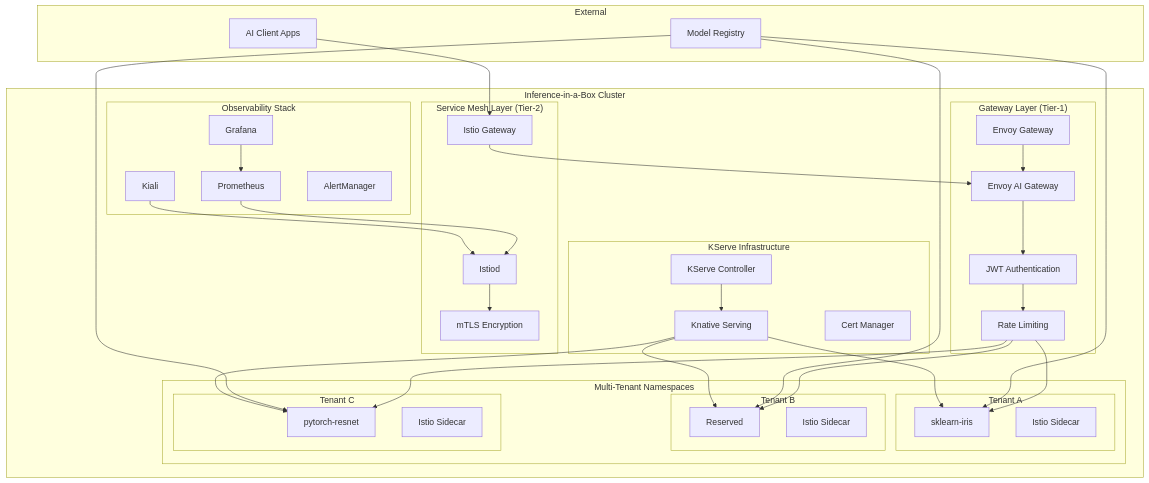
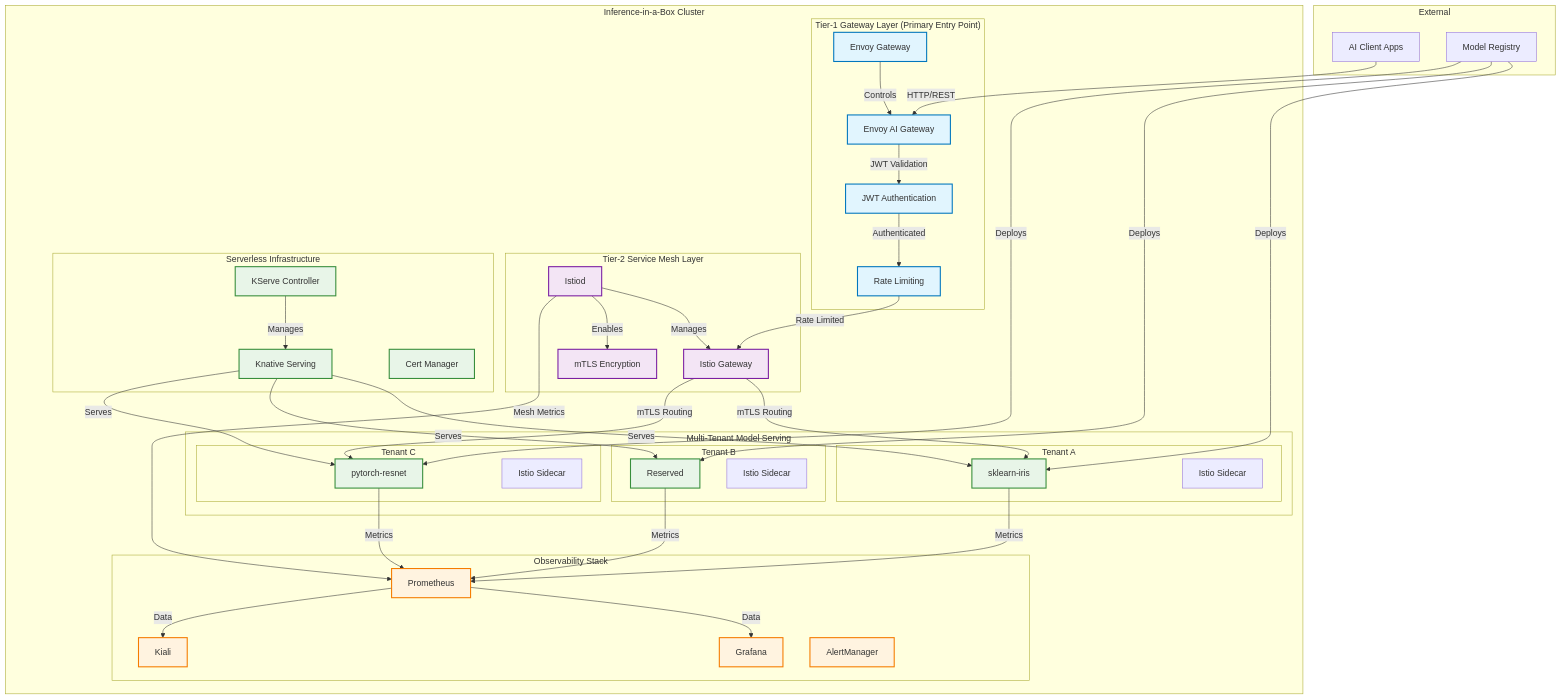
Before and after one commit to smarunich/inference-in-a-box: the first of 6 diagrams in README.md, drawn with Mermaid.

````diff
--- a/README.md
+++ b/README.md
@@ -18,27 +18,20 @@
 ```mermaid
 graph TB
     subgraph "Inference-in-a-Box Cluster"
-        subgraph "Observability Stack"
-            P[Prometheus]
-            G[Grafana]
-            K[Kiali]
-            AM[AlertManager]
-        end
-        
-        subgraph "Gateway Layer (Tier-1)"
+        subgraph "Tier-1 Gateway Layer (Primary Entry Point)"
             EG[Envoy Gateway]
             EAG[Envoy AI Gateway]
             AUTH[JWT Authentication]
             RL[Rate Limiting]
         end
         
-        subgraph "Service Mesh Layer (Tier-2)"
+        subgraph "Tier-2 Service Mesh Layer"
             IC[Istiod]
             IG[Istio Gateway]
             MTLS[mTLS Encryption]
         end
         
-        subgraph "Multi-Tenant Namespaces"
+        subgraph "Multi-Tenant Model Serving"
             subgraph "Tenant A"
                 KS1[sklearn-iris]
                 IS1[Istio Sidecar]
@@ -53,10 +46,17 @@
             end
         end
         
-        subgraph "KServe Infrastructure"
+        subgraph "Serverless Infrastructure"
             KC[KServe Controller]
             KN[Knative Serving]
             CM[Cert Manager]
+        end
+        
+        subgraph "Observability Stack"
+            P[Prometheus]
+            G[Grafana]
+            K[Kiali]
+            AM[AlertManager]
         end
     end
     
@@ -65,27 +65,46 @@
         MODELS[Model Registry]
     end
     
-    CLIENT --> IG
-    IG --> EAG
-    EAG --> AUTH
-    AUTH --> RL
-    RL --> KS1
-    RL --> KS2
-    RL --> KS3
+    %% Primary Traffic Flow (Tier-1 → Tier-2)
+    CLIENT -->|HTTP/REST| EAG
+    EAG -->|JWT Validation| AUTH
+    AUTH -->|Authenticated| RL
+    RL -->|Rate Limited| IG
+    IG -->|mTLS Routing| KS1
+    IG -->|mTLS Routing| KS3
     
-    P --> IC
-    G --> P
-    K --> IC
+    %% Gateway Integration
+    EG -->|Controls| EAG
+    IC -->|Manages| IG
+    IC -->|Enables| MTLS
     
-    MODELS --> KS1
-    MODELS --> KS2
-    MODELS --> KS3
+    %% Model Serving Infrastructure
+    KC -->|Manages| KN
+    KN -->|Serves| KS1
+    KN -->|Serves| KS2
+    KN -->|Serves| KS3
     
-    KC --> KN
-    KN --> KS1
-    KN --> KS2
-    KN --> KS3
+    %% External Model Sources
+    MODELS -->|Deploys| KS1
+    MODELS -->|Deploys| KS2
+    MODELS -->|Deploys| KS3
     
-    EG --> EAG
-    IC --> MTLS
+    %% Observability Flow
+    KS1 -->|Metrics| P
+    KS2 -->|Metrics| P
+    KS3 -->|Metrics| P
+    IC -->|Mesh Metrics| P
+    P -->|Data| G
+    P -->|Data| K
+    
+    %% Styling
+    classDef tier1 fill:#e1f5fe,stroke:#0277bd,stroke-width:2px
+    classDef tier2 fill:#f3e5f5,stroke:#7b1fa2,stroke-width:2px
+    classDef models fill:#e8f5e8,stroke:#388e3c,stroke-width:2px
+    classDef observability fill:#fff3e0,stroke:#f57c00,stroke-width:2px
+    
+    class EG,EAG,AUTH,RL tier1
+    class IC,IG,MTLS tier2
+    class KS1,KS2,KS3,KC,KN,CM models
+    class P,G,K,AM observability
 ```
````
